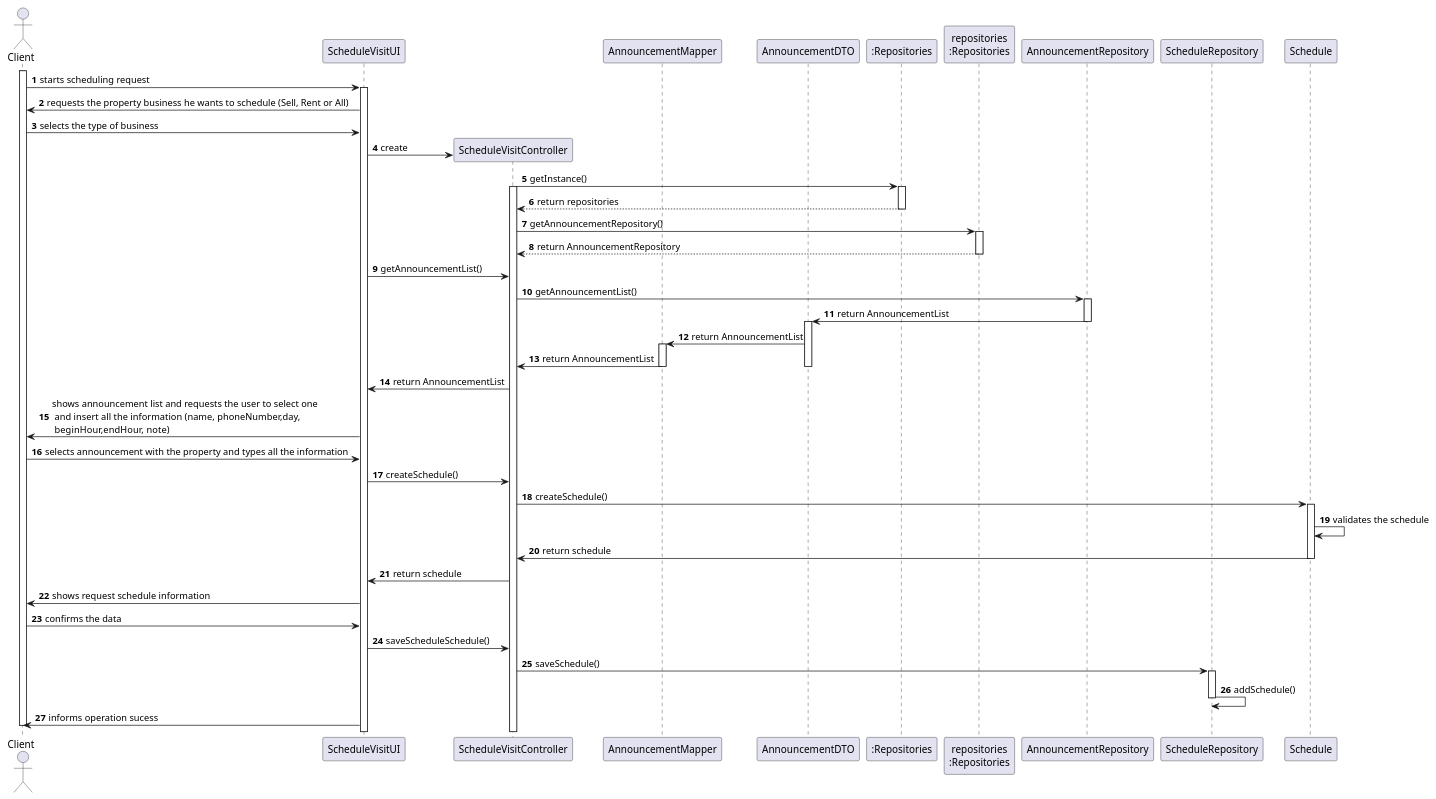
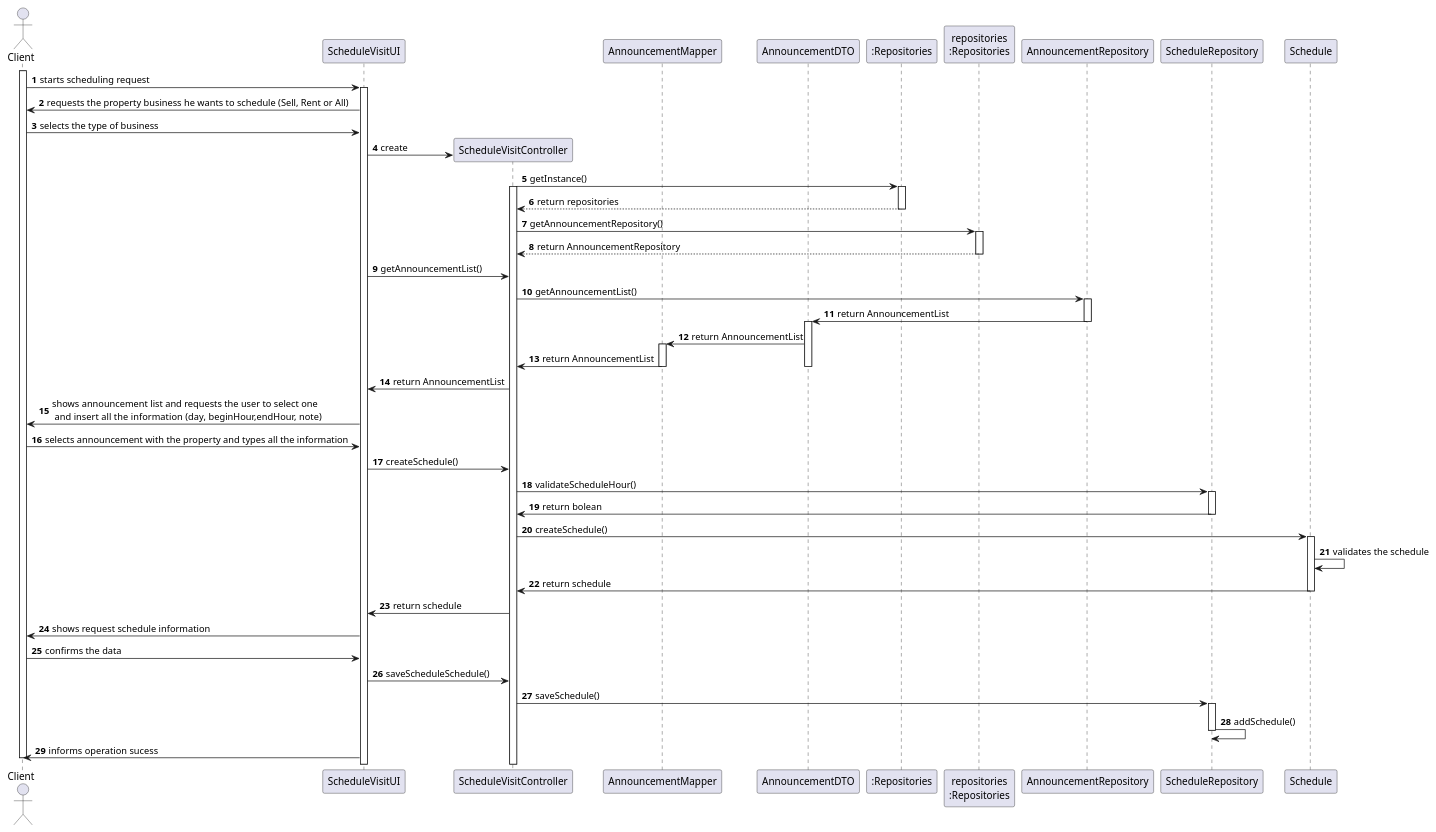
One commit to tiagohcorreia/LAPR2 changed the diagram in docs/sprintD/US009/03.design/puml/SD.puml. Above: the diagram before and after it, drawn with PlantUML. The commit also changed 8 other files, not shown here.

```diff
--- a/docs/sprintD/US009/03.design/puml/SD.puml
+++ b/docs/sprintD/US009/03.design/puml/SD.puml
@@ -1,110 +1,113 @@
 @startuml
 
 autonumber
 
 actor Client as client
 participant ScheduleVisitUI as ui
 participant ScheduleVisitController as ctrl
 participant AnnouncementMapper as mapper
 participant AnnouncementDTO
 participant ":Repositories" as RepositorySingleton
 participant "repositories\n:Repositories" as rep
 participant AnnouncementRepository
 participant ScheduleRepository
 participant Schedule as schedule
 
 autonumber
 
 activate client
 
 client -> ui: starts scheduling request
 
 activate ui
 
 
 
 ui-> client: requests the property business he wants to schedule (Sell, Rent or All)
 client->ui: selects the type of business
 
 ui -> ctrl** : create
 ctrl -> RepositorySingleton: getInstance()
 activate ctrl
 activate RepositorySingleton
 RepositorySingleton --> ctrl: return repositories
 deactivate RepositorySingleton
 
 ctrl-> rep: getAnnouncementRepository()
 activate rep
 rep-->ctrl: return AnnouncementRepository
 deactivate rep
 
 
 ui -> ctrl: getAnnouncementList()
 
 ctrl -> AnnouncementRepository: getAnnouncementList()
 
 activate AnnouncementRepository
 
 
 AnnouncementRepository -> AnnouncementDTO: return AnnouncementList
 
 deactivate AnnouncementRepository
 
 activate AnnouncementDTO
 
 AnnouncementDTO -> mapper:  return AnnouncementList
 activate mapper
 mapper -> ctrl: return AnnouncementList
 deactivate mapper
 
 deactivate AnnouncementDTO
 
 
 
 ctrl -> ui: return AnnouncementList
 
 
-ui -> client: shows announcement list and requests the user to select one\n and insert all the information (name, phoneNumber,day,\n beginHour,endHour, note)
+ui -> client: shows announcement list and requests the user to select one\n and insert all the information (day, beginHour,endHour, note)
 
 client -> ui: selects announcement with the property and types all the information
 
 ui -> ctrl: createSchedule()
 
+ctrl -> ScheduleRepository: validateScheduleHour()
 
-
+activate ScheduleRepository
+ScheduleRepository->ctrl: return bolean
+deactivate ScheduleRepository
 ctrl -> schedule: createSchedule()
 
 
 activate schedule
 
 schedule -> schedule: validates the schedule
 
 schedule -> ctrl: return schedule
 
 deactivate schedule
 
 
 ctrl -> ui: return schedule
 
 
 ui -> client: shows request schedule information
 
 client -> ui: confirms the data
 
 ui -> ctrl: saveScheduleSchedule()
 
 ctrl -> ScheduleRepository: saveSchedule()
 activate ScheduleRepository
 
 ScheduleRepository-> ScheduleRepository: addSchedule()
 
 deactivate ScheduleRepository
 
 
 
 ui -> client: informs operation sucess
 
 
 deactivate client
 
 @enduml
```
